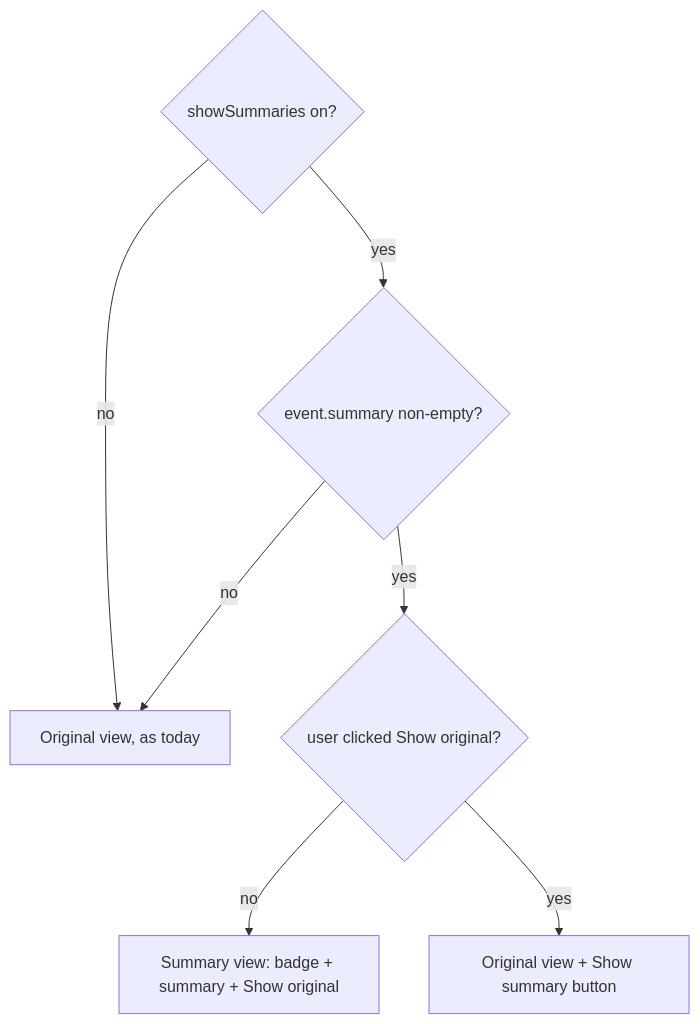
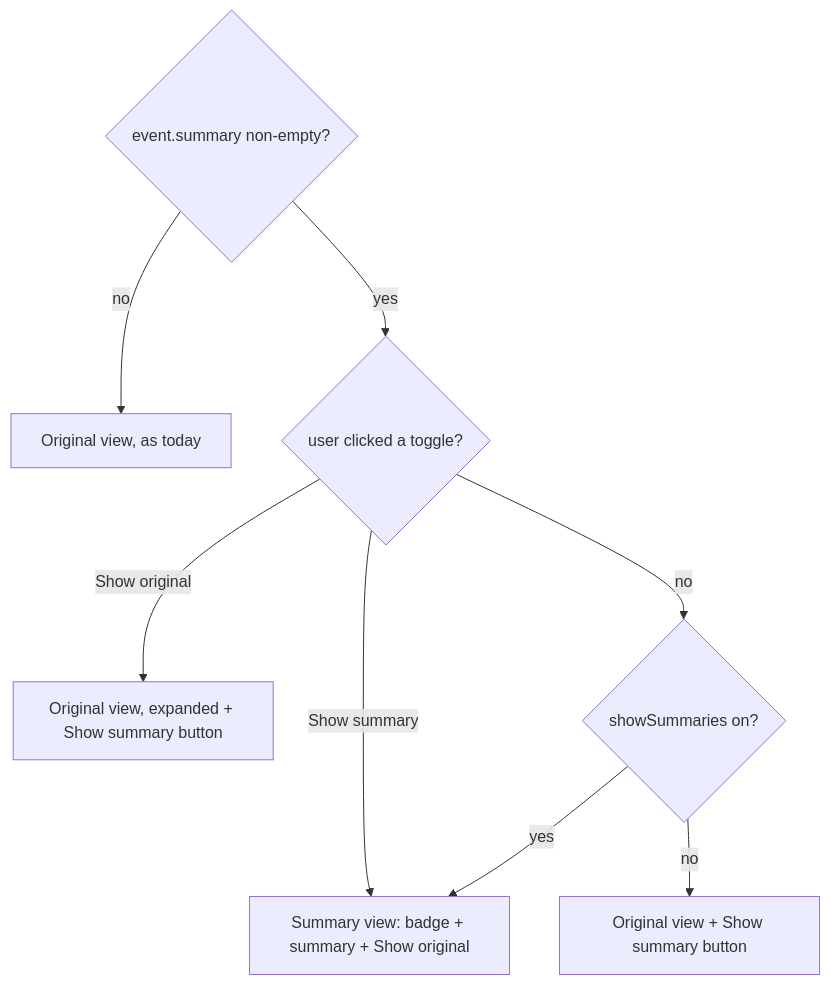
The second of 2 diagrams in tasks/ARGUS-193/spec.md (scylladb/argus), drawn with Mermaid before and after one commit. The commit also changed other lines of this file and 4 other files, not shown here.

First line of the commit message:
improvement(sct-events): offer the summary when summaries are off

````diff
--- a/tasks/ARGUS-193/spec.md
+++ b/tasks/ARGUS-193/spec.md
@@ -48,9 +49,10 @@
 ```mermaid
 flowchart TD
-    A{showSummaries on?} -->|no| O[Original view, as today]
-    A -->|yes| B{event.summary non-empty?}
-    B -->|no| O
-    B -->|yes| C{user clicked Show original?}
-    C -->|no| S[Summary view: badge + summary + Show original]
-    C -->|yes| O2[Original view + Show summary button]
+    B{event.summary non-empty?} -->|no| O[Original view, as today]
+    B -->|yes| C{user clicked a toggle?}
+    C -->|Show original| O2[Original view, expanded + Show summary button]
+    C -->|Show summary| S[Summary view: badge + summary + Show original]
+    C -->|no| A{showSummaries on?}
+    A -->|yes| S
+    A -->|no| O3[Original view + Show summary button]
 ```
````
